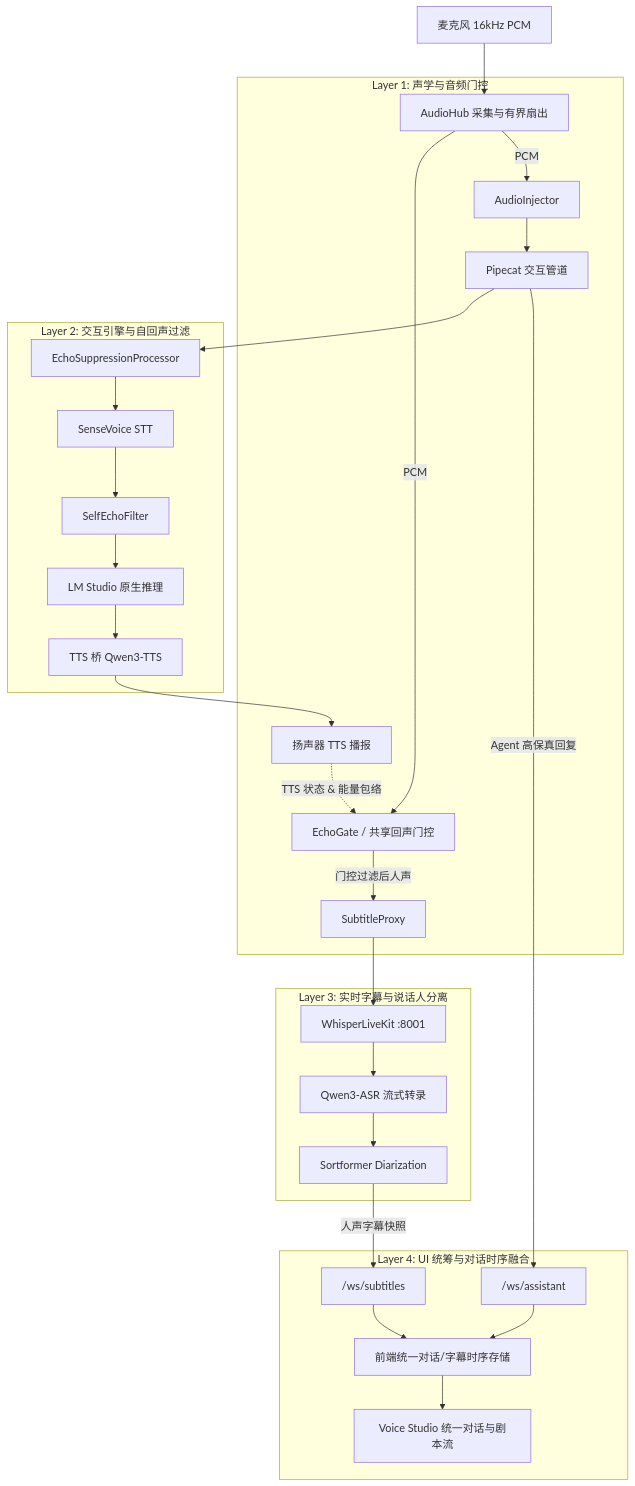
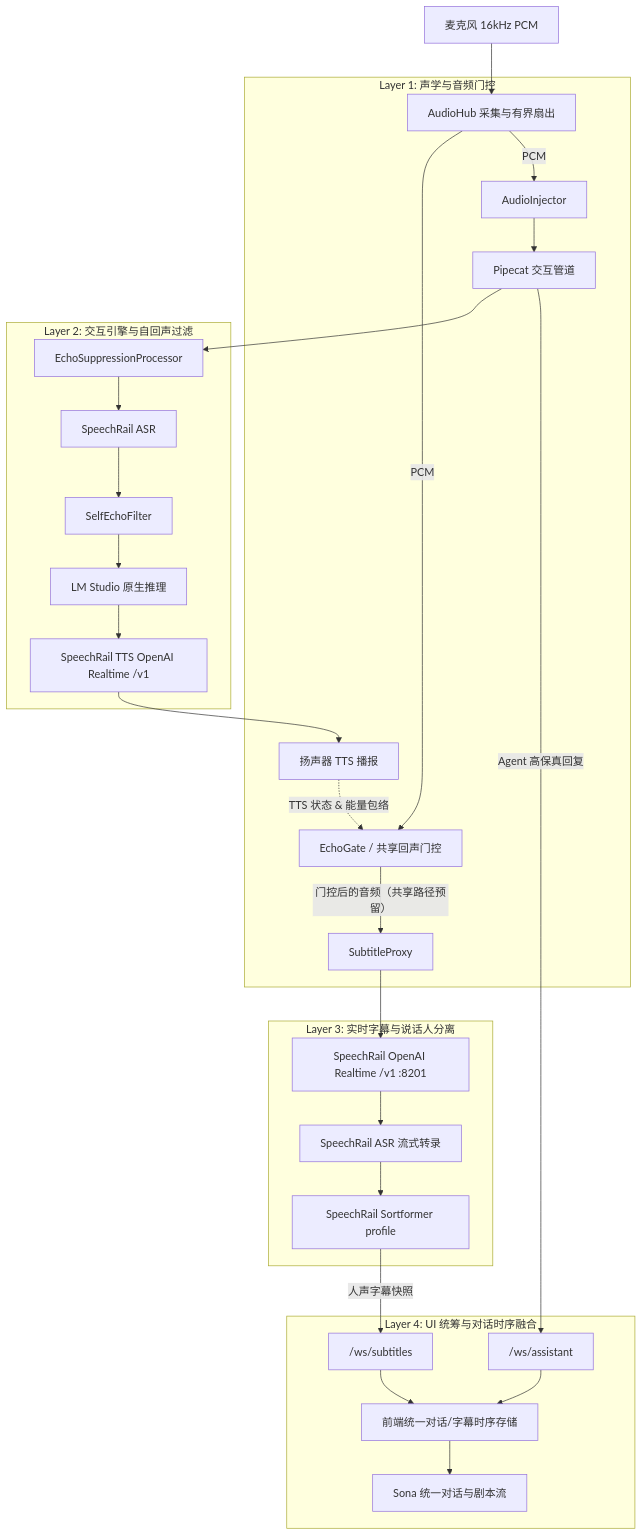
Before and after one commit to hrygo/voice-realtime: the diagram in docs/architecture/声学防回声与全双工交互设计方案.md, drawn with Mermaid. The commit also changed other lines of this file and 495 other files, not shown here.

First line of the commit message:
Merge pull request #3 from hrygo/refactor/clean-architecture-and-docs

````diff
--- a/docs/architecture/声学防回声与全双工交互设计方案.md
+++ b/docs/architecture/声学防回声与全双工交互设计方案.md
@@ -53,35 +55,35 @@
 ```mermaid
 flowchart TD
     MIC["麦克风 16kHz PCM"] --> HUB["AudioHub 采集与有界扇出"]
     
     subgraph S1["Layer 1: 声学与音频门控"]
         HUB -->|PCM| GATER["EchoGate / 共享回声门控"]
         TTS_PLAY["扬声器 TTS 播报"] -.->|TTS 状态 & 能量包络| GATER
-        GATER -->|门控过滤后人声| SP["SubtitleProxy"]
+        GATER -->|门控后的音频（共享路径预留）| SP["SubtitleProxy"]
         HUB -->|PCM| INJECTOR["AudioInjector"]
         INJECTOR --> PIPELINE["Pipecat 交互管道"]
     end
     
     subgraph S2["Layer 2: 交互引擎与自回声过滤"]
         PIPELINE --> ECHO_PROC["EchoSuppressionProcessor"]
-        ECHO_PROC --> STT["SenseVoice STT"]
+        ECHO_PROC --> STT["SpeechRail ASR"]
         STT --> ECHO_FILTER["SelfEchoFilter"]
         ECHO_FILTER --> LLM["LM Studio 原生推理"]
-        LLM --> TTS_BRIDGE["TTS 桥 Qwen3-TTS"]
-        TTS_BRIDGE --> TTS_PLAY
+        LLM --> SPEECHRAIL_TTS["SpeechRail TTS OpenAI Realtime /v1"]
+        SPEECHRAIL_TTS --> TTS_PLAY
     end
     
     subgraph S3["Layer 3: 实时字幕与说话人分离"]
-        SP --> WLK["WhisperLiveKit :8001"]
-        WLK --> QWEN_ASR["Qwen3-ASR 流式转录"]
-        QWEN_ASR --> SORTFORMER["Sortformer Diarization"]
+        SP --> SPEECHRAIL["SpeechRail OpenAI Realtime /v1 :8201"]
+        SPEECHRAIL --> QWEN_ASR["SpeechRail ASR 流式转录"]
+        QWEN_ASR --> SORTFORMER["SpeechRail Sortformer profile"]
     end
     
     subgraph S4["Layer 4: UI 统筹与对话时序融合"]
         SORTFORMER -->|人声字幕快照| SUB_WS["/ws/subtitles"]
         PIPELINE -->|Agent 高保真回复| ASST_WS["/ws/assistant"]
         SUB_WS --> UI_STORE["前端统一对话/字幕时序存储"]
         ASST_WS --> UI_STORE
-        UI_STORE --> UI_VIEW["Voice Studio 统一对话与剧本流"]
+        UI_STORE --> UI_VIEW["Sona 统一对话与剧本流"]
     end
 ```
````
